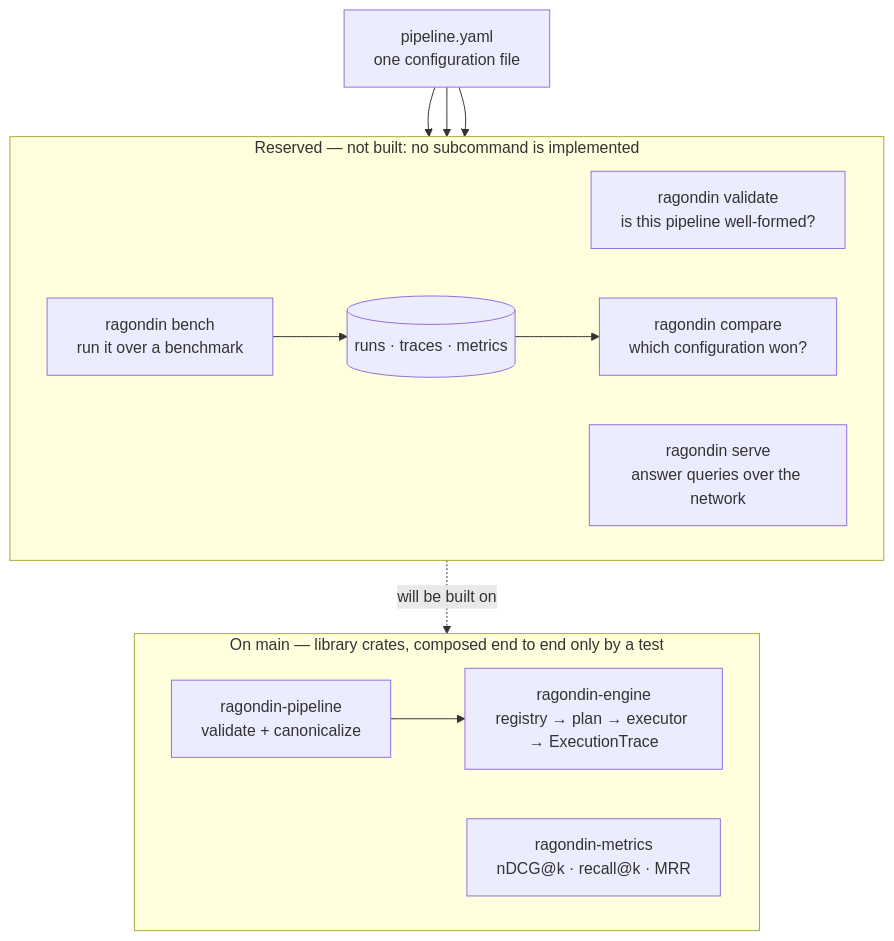
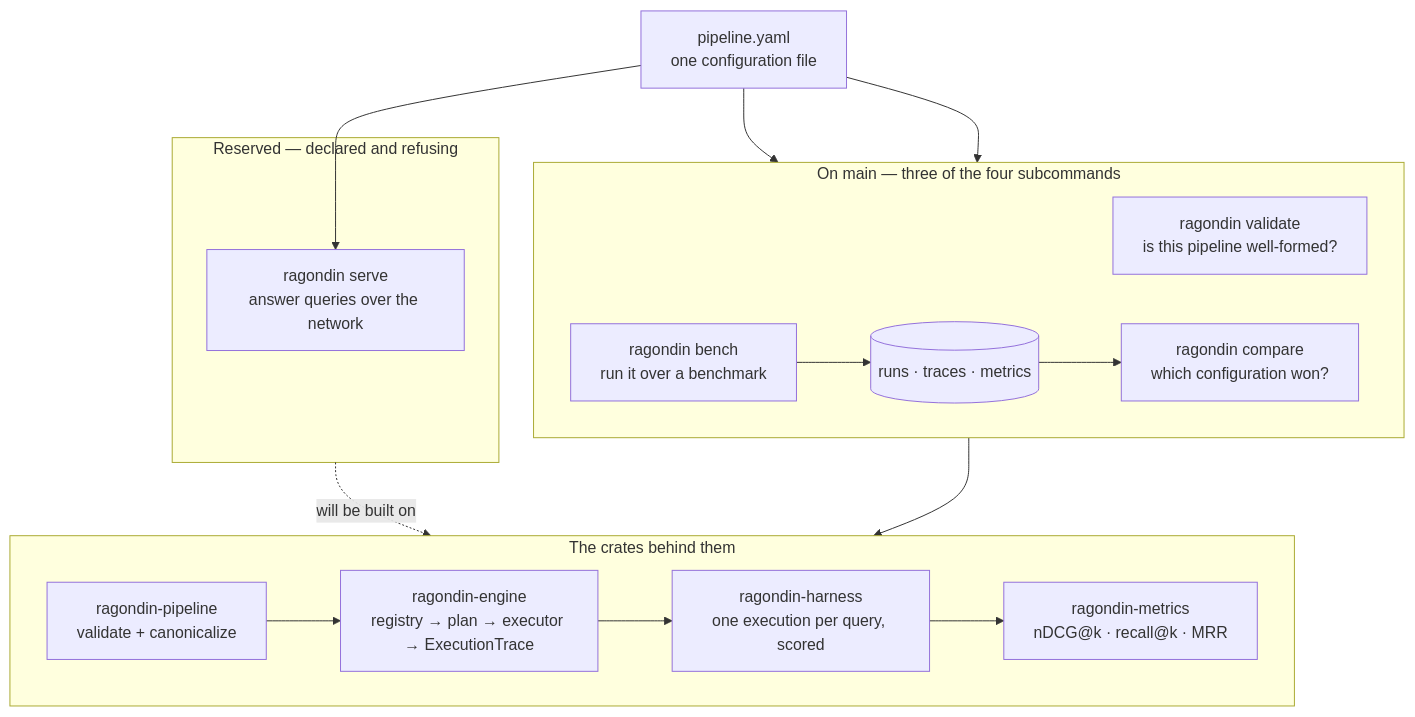
One commit to genesary/Ragondin changed the diagram in README.md. Above: the diagram before and after it, drawn with Mermaid. The commit also changed other lines of this file, not shown here.

````diff
--- a/README.md
+++ b/README.md
@@ -112,27 +131,32 @@
 ```mermaid
 flowchart TB
     CFG["pipeline.yaml<br/>one configuration file"]
 
-    subgraph CLI["Reserved — not built: no subcommand is implemented"]
+    subgraph CLI["On main — three of the four subcommands"]
         direction LR
         VAL["ragondin validate<br/>is this pipeline well-formed?"]
         BEN["ragondin bench<br/>run it over a benchmark"]
-        SRV["ragondin serve<br/>answer queries over the network"]
         RUNS[("runs · traces · metrics")]
         CMP["ragondin compare<br/>which configuration won?"]
         BEN --> RUNS --> CMP
     end
 
-    subgraph LIB["On main — library crates, composed end to end only by a test"]
+    subgraph SERVE["Reserved — declared and refusing"]
+        SRV["ragondin serve<br/>answer queries over the network"]
+    end
+
+    subgraph LIB["The crates behind them"]
         direction LR
         PIPE["ragondin-pipeline<br/>validate + canonicalize"]
         ENG["ragondin-engine<br/>registry → plan → executor → ExecutionTrace"]
+        HAR["ragondin-harness<br/>one execution per query, scored"]
         MET["ragondin-metrics<br/>nDCG@k · recall@k · MRR"]
-        PIPE --> ENG
+        PIPE --> ENG --> HAR --> MET
     end
 
     CFG --> VAL
     CFG --> BEN
     CFG --> SRV
-    CLI -.->|"will be built on"| LIB
+    CLI --> LIB
+    SERVE -.->|"will be built on"| LIB
 ```
````
